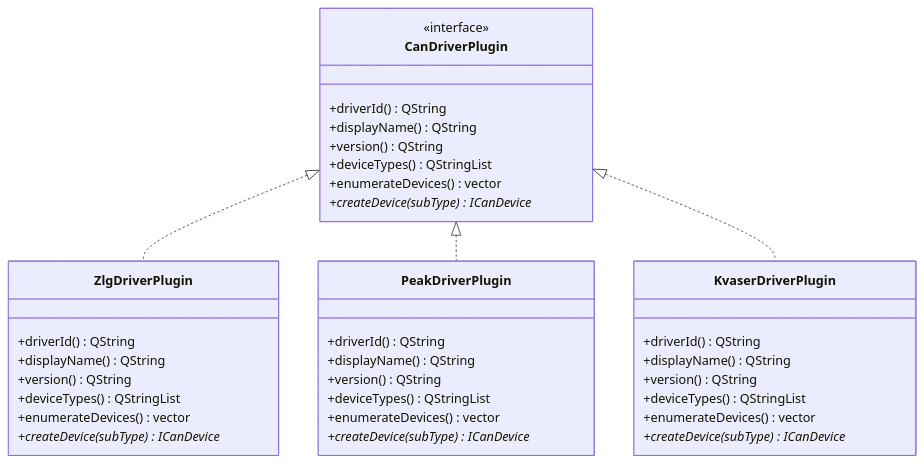
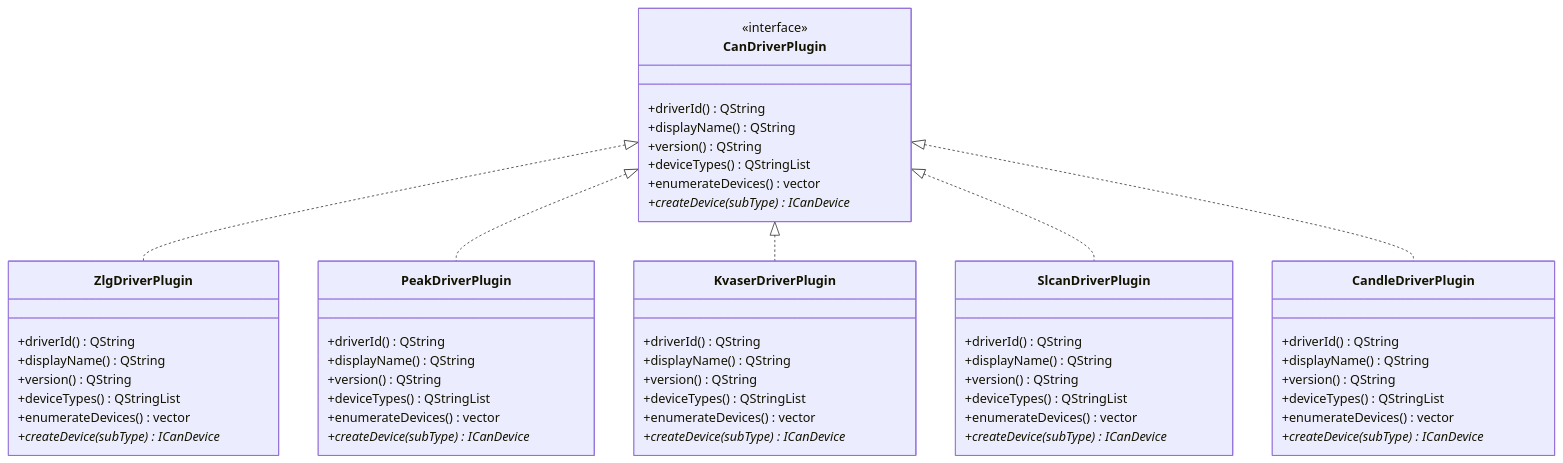
Before and after one commit to jakecai1225-design/OpenBus: the fifth of 9 diagrams in .qoder/repowiki/zh/content/架构设计/驱动系统方案.md, drawn with Mermaid. The commit also changed other lines of this file and 95 other files, not shown here.

Commit message:
图标

````diff
--- a/.qoder/repowiki/zh/content/架构设计/驱动系统方案.md
+++ b/.qoder/repowiki/zh/content/架构设计/驱动系统方案.md
@@ -181,39 +190,57 @@
 ```mermaid
 classDiagram
 class CanDriverPlugin {
 +driverId() QString
 +displayName() QString
 +version() QString
 +deviceTypes() QStringList
 +enumerateDevices() vector<DeviceInfo>
 +createDevice(subType) ICanDevice*
 <<interface>>
 }
 class ZlgDriverPlugin {
 +driverId() QString
 +displayName() QString
 +version() QString
 +deviceTypes() QStringList
 +enumerateDevices() vector<DeviceInfo>
 +createDevice(subType) ICanDevice*
 }
 class PeakDriverPlugin {
 +driverId() QString
 +displayName() QString
 +version() QString
 +deviceTypes() QStringList
 +enumerateDevices() vector<DeviceInfo>
 +createDevice(subType) ICanDevice*
 }
 class KvaserDriverPlugin {
 +driverId() QString
 +displayName() QString
 +version() QString
 +deviceTypes() QStringList
 +enumerateDevices() vector<DeviceInfo>
 +createDevice(subType) ICanDevice*
 }
+class SlcanDriverPlugin {
++driverId() QString
++displayName() QString
++version() QString
++deviceTypes() QStringList
++enumerateDevices() vector<DeviceInfo>
++createDevice(subType) ICanDevice*
+}
+class CandleDriverPlugin {
++driverId() QString
++displayName() QString
++version() QString
++deviceTypes() QStringList
++enumerateDevices() vector<DeviceInfo>
++createDevice(subType) ICanDevice*
+}
 CanDriverPlugin <|.. ZlgDriverPlugin
 CanDriverPlugin <|.. PeakDriverPlugin
 CanDriverPlugin <|.. KvaserDriverPlugin
+CanDriverPlugin <|.. SlcanDriverPlugin
+CanDriverPlugin <|.. CandleDriverPlugin
 ```
````
